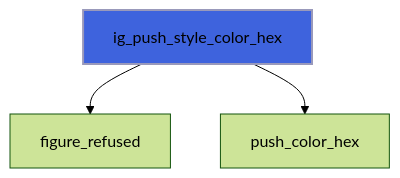
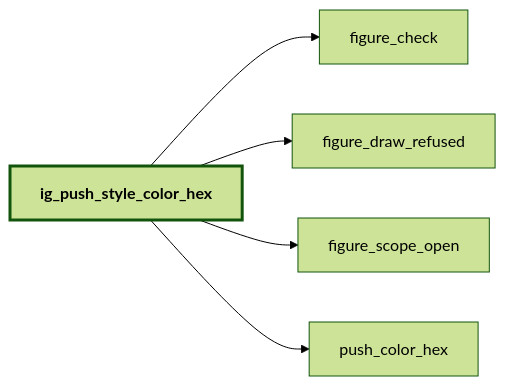
The sixth of 44 diagrams in docs/api/src/lib/figure_style.md (szaghi/figure), drawn with Mermaid (forest theme) before and after one commit. The commit also changed other lines of this file and 54 other files, not shown here.

````diff
--- a/docs/api/src/lib/figure_style.md
+++ b/docs/api/src/lib/figure_style.md
@@ -292,6 +328,13 @@
 ```mermaid
-flowchart TD
-  ig_push_style_color_hex["ig_push_style_color_hex"] --> figure_refused["figure_refused"]
+flowchart LR
+  ig_push_style_color_hex["ig_push_style_color_hex"] --> figure_check["figure_check"]
+  ig_push_style_color_hex["ig_push_style_color_hex"] --> figure_draw_refused["figure_draw_refused"]
+  ig_push_style_color_hex["ig_push_style_color_hex"] --> figure_scope_open["figure_scope_open"]
   ig_push_style_color_hex["ig_push_style_color_hex"] --> push_color_hex["push_color_hex"]
-  style ig_push_style_color_hex fill:#3e63dd,stroke:#99b,stroke-width:2px
+  classDef focus stroke-width:3px,font-weight:bold
+  class ig_push_style_color_hex focus
+  click figure_draw_refused href "figure_base.html#figure-draw-refused" "figure_draw_refused"
+  click push_color_hex href "#push-color-hex" "push_color_hex"
+  click figure_scope_open href "figure_base.html#figure-scope-open" "figure_scope_open"
+  click figure_check href "figure_base.html#figure-check" "figure_check"
 ```
````
